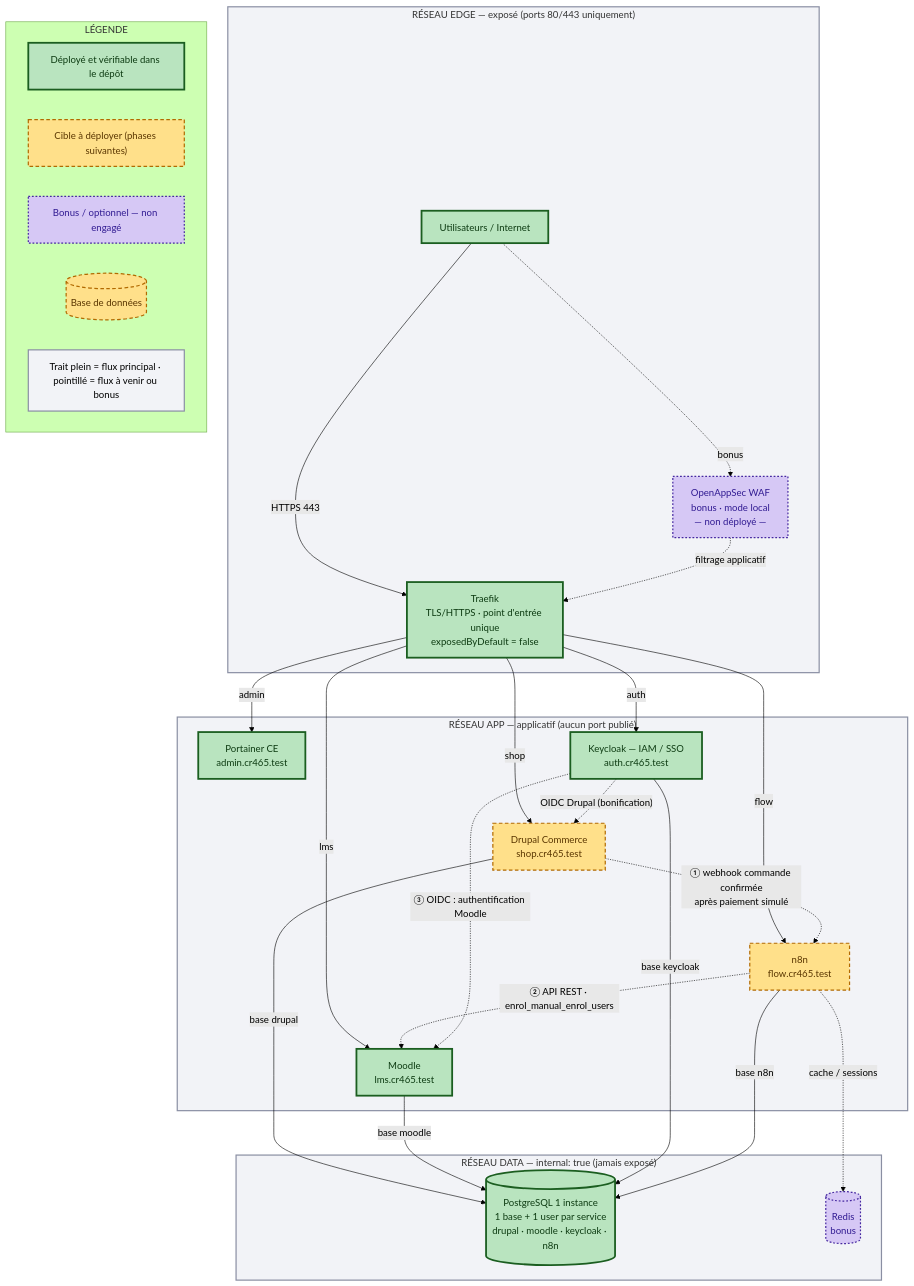
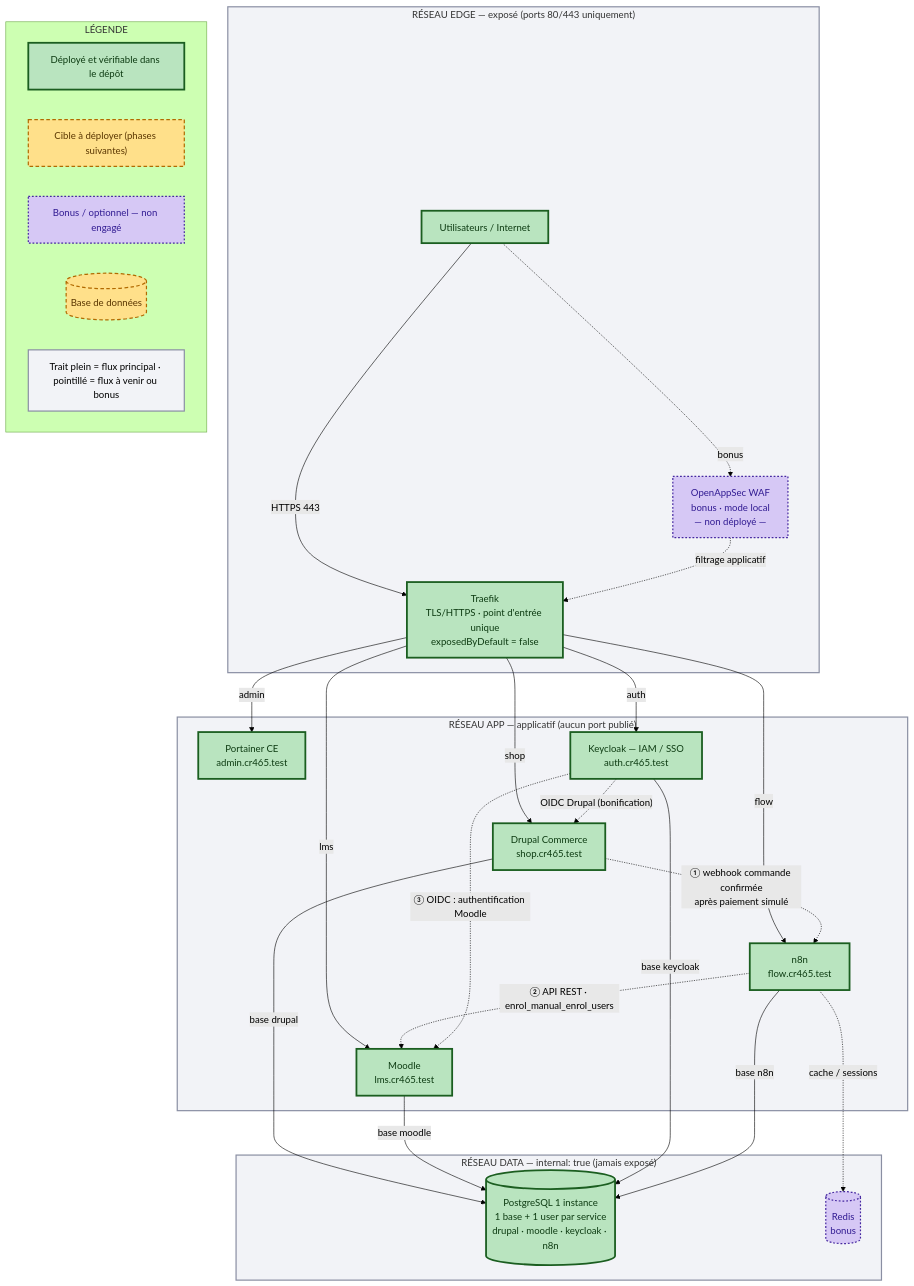
Before and after one commit to 20GHhub19/CR465-travail-de-session: the diagram in docs/architecture/01-architecture-generale.md, drawn with Mermaid (forest theme). The commit also changed 4 other files, not shown here.

````diff
--- a/docs/architecture/01-architecture-generale.md
+++ b/docs/architecture/01-architecture-generale.md
@@ -10,66 +10,66 @@
 ```mermaid
 flowchart TB
     subgraph EDGE["RÉSEAU EDGE — exposé (ports 80/443 uniquement)"]
         USERS["Utilisateurs / Internet"]
         WAF["OpenAppSec WAF<br/>bonus · mode local<br/>— non déployé —"]
         TRAEFIK["Traefik<br/>TLS/HTTPS · point d'entrée unique<br/>exposedByDefault = false"]
     end
 
     subgraph APP["RÉSEAU APP — applicatif (aucun port publié)"]
         PORTAINER["Portainer CE<br/>admin.cr465.test"]
         DRUPAL["Drupal Commerce<br/>shop.cr465.test"]
         N8N["n8n<br/>flow.cr465.test"]
         MOODLE["Moodle<br/>lms.cr465.test"]
         KEYCLOAK["Keycloak — IAM / SSO<br/>auth.cr465.test"]
     end
 
     subgraph DATA["RÉSEAU DATA — internal: true (jamais exposé)"]
         PG[("PostgreSQL 1 instance<br/>1 base + 1 user par service<br/>drupal · moodle · keycloak · n8n")]
         REDIS[("Redis<br/>bonus")]
     end
 
     USERS -->|"HTTPS 443"| TRAEFIK
     USERS -.->|"bonus"| WAF
     WAF -.->|"filtrage applicatif"| TRAEFIK
 
     TRAEFIK -->|"admin"| PORTAINER
     TRAEFIK -->|"shop"| DRUPAL
     TRAEFIK -->|"lms"| MOODLE
     TRAEFIK -->|"auth"| KEYCLOAK
     TRAEFIK -->|"flow"| N8N
 
     DRUPAL -->|"base drupal"| PG
     MOODLE -->|"base moodle"| PG
     KEYCLOAK -->|"base keycloak"| PG
     N8N -->|"base n8n"| PG
     N8N -.->|"cache / sessions"| REDIS
 
     DRUPAL -.->|"① webhook commande confirmée<br/>après paiement simulé"| N8N
     N8N -.->|"② API REST · enrol_manual_enrol_users"| MOODLE
     KEYCLOAK -.->|"③ OIDC : authentification Moodle"| MOODLE
     KEYCLOAK -.->|"OIDC Drupal (bonification)"| DRUPAL
 
     subgraph LEG["LÉGENDE"]
         L1["Déployé et vérifiable dans le dépôt"]
         L2["Cible à déployer (phases suivantes)"]
         L3["Bonus / optionnel — non engagé"]
         L4[("Base de données")]
         L5["Trait plein = flux principal · pointillé = flux à venir ou bonus"]
     end
     class L1 deployed
     class L2 toBuild
     class L3 bonus
     class L4 toBuild
     class L5 zone
 
     classDef deployed fill:#b9e4bf,stroke:#1b5e20,stroke-width:3px,color:#0d3b12
     classDef toBuild fill:#ffe08a,stroke:#b26a00,stroke-width:2px,stroke-dasharray:6 4,color:#5a3600
     classDef bonus fill:#d6c8f5,stroke:#4527a0,stroke-width:2px,stroke-dasharray:3 3,color:#311b92
     classDef zone fill:#f2f3f7,stroke:#8a8fa3,stroke-width:2px
 
-    class USERS,TRAEFIK,PG,KEYCLOAK,MOODLE,PORTAINER deployed
-    class DRUPAL,N8N toBuild
+    class USERS,TRAEFIK,PG,KEYCLOAK,MOODLE,PORTAINER,DRUPAL,N8N deployed
+    
     class WAF,REDIS bonus
 
     class EDGE,APP,DATA zone
 ```
````
